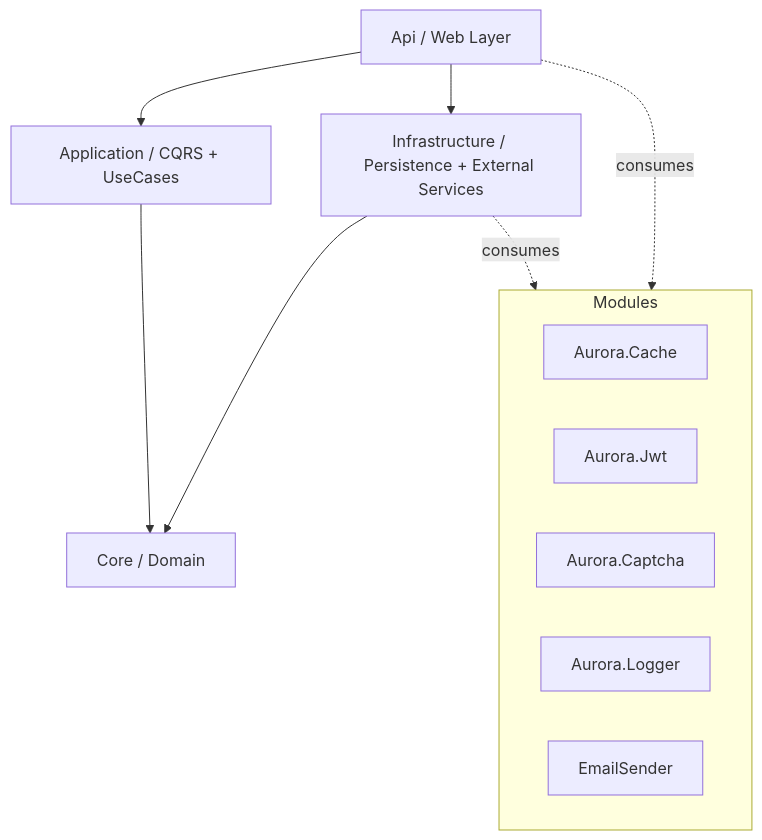
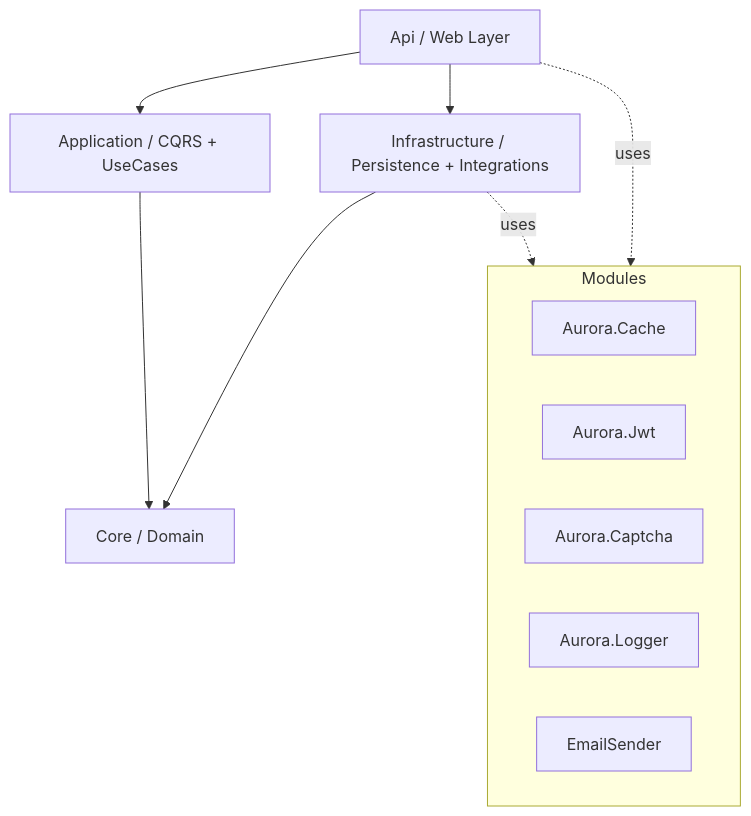
Before and after one commit to Rezakp3/AuroraBase: the first of 2 diagrams in README.md, drawn with Mermaid. The commit also changed other lines of this file, not shown here.

````diff
--- a/README.md
+++ b/README.md
@@ -53,18 +51,18 @@
 ```mermaid
 graph TD
     Api[Api / Web Layer] --> Application[Application / CQRS + UseCases]
     Application --> Core[Core / Domain]
-    Infrastructure[Infrastructure / Persistence + External Services] --> Core
+    Infrastructure[Infrastructure / Persistence + Integrations] --> Core
     Api --> Infrastructure
 
     subgraph Modules
       Cache[Aurora.Cache]
       Jwt[Aurora.Jwt]
       Captcha[Aurora.Captcha]
       Logger[Aurora.Logger]
       Email[EmailSender]
     end
 
-    Api -. consumes .-> Modules
-    Infrastructure -. consumes .-> Modules
+    Api -. uses .-> Modules
+    Infrastructure -. uses .-> Modules
 ```
````
